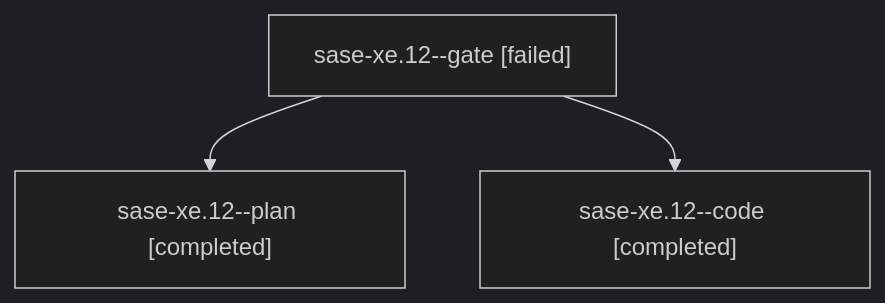
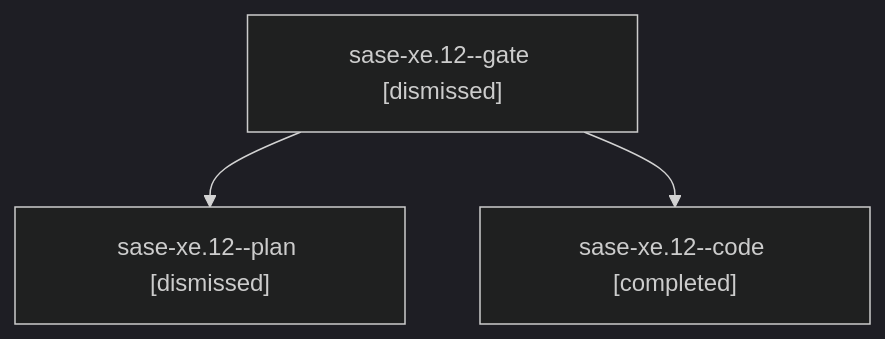
One commit to sase-org/sase--agents changed the diagram in families/bbugyi200.athena.sase-xe.12.md. Above: the diagram before and after it, drawn with Mermaid (dark theme). The commit also changed other lines of this file and 305 other files, not shown here.

````diff
--- a/families/bbugyi200.athena.sase-xe.12.md
+++ b/families/bbugyi200.athena.sase-xe.12.md
@@ -9,8 +9,8 @@
 ```mermaid
 flowchart TD
-  n0["sase-xe.12--gate [failed]"]
-  n1["sase-xe.12--plan [completed]"]
+  n0["sase-xe.12--gate [dismissed]"]
+  n1["sase-xe.12--plan [dismissed]"]
   n0 --> n1
   n2["sase-xe.12--code [completed]"]
   n0 --> n2
 ```
````
